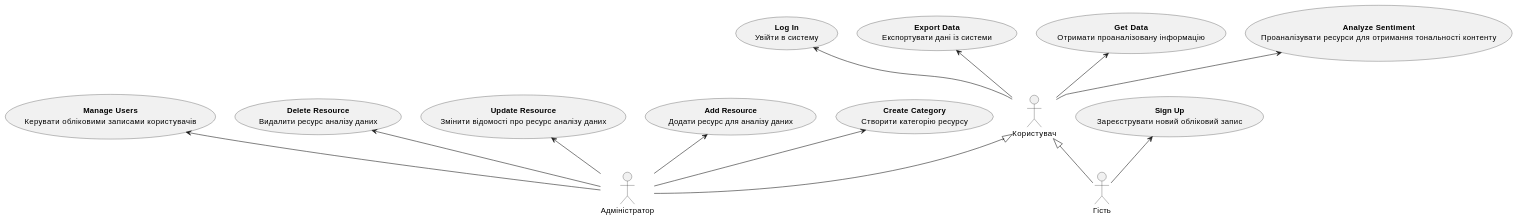
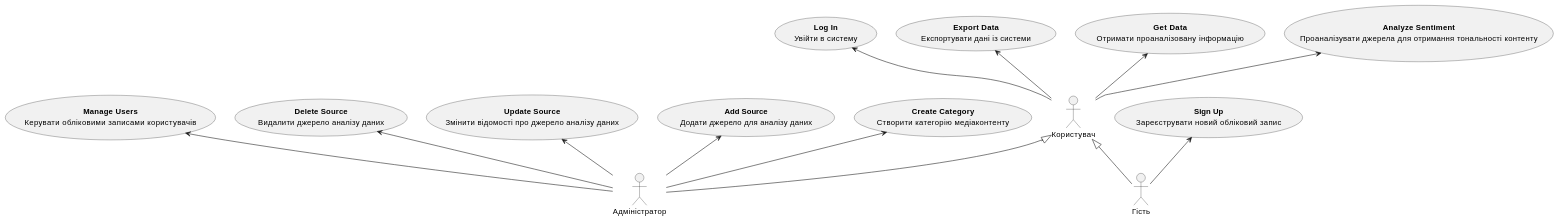
Before and after one commit to ypapish/database-course-work: the first of 11 diagrams in docs/ua/use cases/index.md, drawn with PlantUML. The commit also changed other lines of this file and 4 other files, not shown here.

Commit message:
make diagrams matched to sql

```diff
--- a/docs/ua/use cases/index.md
+++ b/docs/ua/use cases/index.md
@@ -5,32 +5,32 @@
 @startuml
 actor "Користувач" as user
 actor "Адміністратор" as admin
 actor "Гість" as guest
 
-usecase "<b>Create Category</b>\nСтворити категорію ресурсу" as UC_1
-usecase "<b>Analyze Sentiment</b>\nПроаналізувати ресурси для отримання тональності контенту" as UC_2
-usecase "<b>Add Resource</b>\nДодати ресурс для аналізу даних" as UC_3
-usecase "<b>Update Resource</b>\nЗмінити відомості про ресурс аналізу даних" as UC_4
-usecase "<b>Delete Resource</b>\nВидалити ресурс аналізу даних" as UC_5
+usecase "<b>Create Category</b>\nСтворити категорію медіаконтенту" as UC_1
+usecase "<b>Analyze Sentiment</b>\nПроаналізувати джерела для отримання тональності контенту" as UC_2
+usecase "<b>Add Source</b>\nДодати джерело для аналізу даних" as UC_3
+usecase "<b>Update Source</b>\nЗмінити відомості про джерело аналізу даних" as UC_4
+usecase "<b>Delete Source</b>\nВидалити джерело аналізу даних" as UC_5
 usecase "<b>Get Data</b>\nОтримати проаналізовану інформацію" as UC_6
 usecase "<b>Export Data</b>\nЕкспортувати дані із системи" as UC_7
 usecase "<b>Manage Users</b>\nКерувати обліковими записами користувачів" as UC_8
 usecase "<b>Log In</b>\nУвійти в систему" as UC_9
 usecase "<b>Sign Up</b>\nЗареєструвати новий обліковий запис" as UC_10
 
 user -u-> UC_2
 user -u-> UC_6
 user -u-> UC_7
 user -u-> UC_9
 admin -u-|> user
 
 admin -u-> UC_1
 admin -u-> UC_3
 admin -u-> UC_4
 admin -u-> UC_5
 admin -u-> UC_8
 
 guest -u-> UC_10
 guest -u-|> user
 
 @enduml
```
